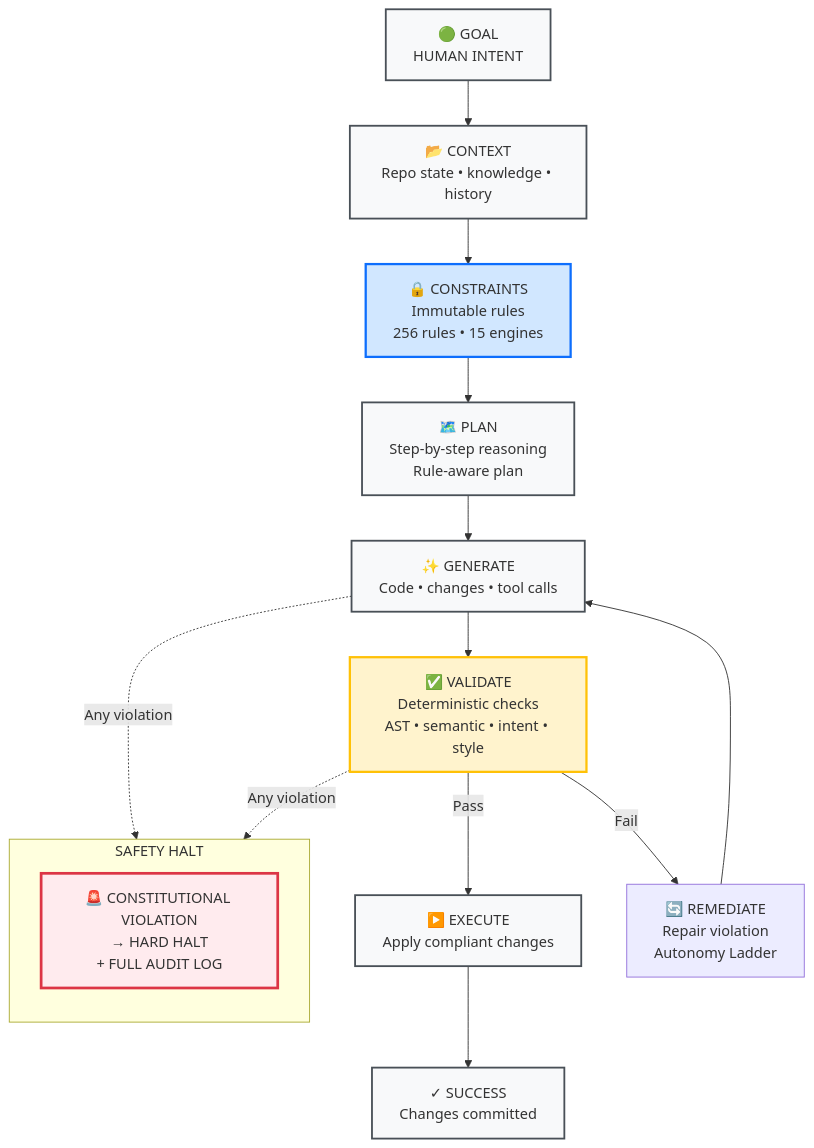
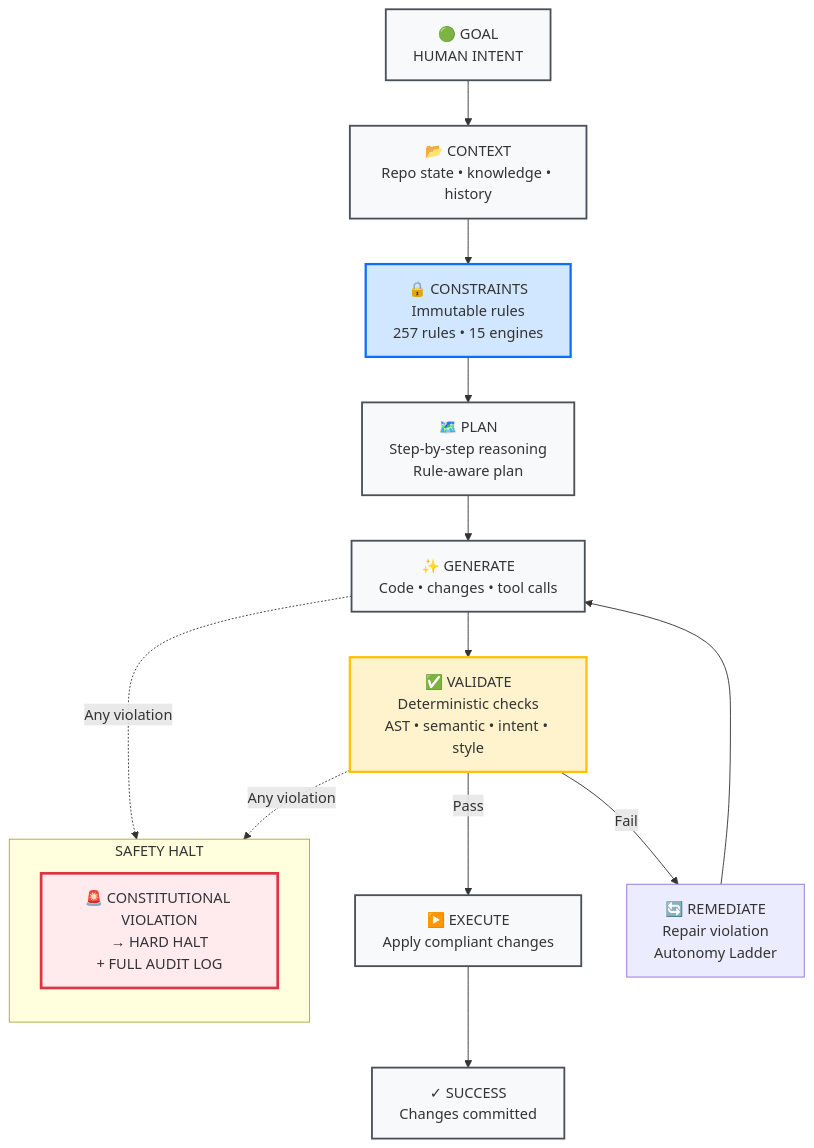
One commit to DariuszNewecki/CORE changed the diagram in README.md. Above: the diagram before and after it, drawn with Mermaid. The commit also changed other lines of this file and 1 other file, not shown here.

Commit message:
docs: update README/how-it-works rule counts after #842 metadata correction (#631)
6e98fbcc's metadata_mutations.json correction added one new blocking rule
(metadata.operations.comment_length_limit) with a real mapping, moving the
source-derived counts from 256/248 to 257/249. scripts/check_readme_counts.sh
caught the drift in CI (README count drift #631) -- updating the two stated
counts in README.md and the diagram count in docs/how-it-works.md to match.

Verified: bash scripts/check_readme_counts.sh passes clean.

````diff
--- a/README.md
+++ b/README.md
@@ -148,30 +148,30 @@
 ```mermaid
 flowchart TD
     A["🟢 GOAL\nHUMAN INTENT"] --> B["📂 CONTEXT\nRepo state • knowledge • history"]
-    B --> C["🔒 CONSTRAINTS\nImmutable rules\n256 rules • 15 engines"]
+    B --> C["🔒 CONSTRAINTS\nImmutable rules\n257 rules • 15 engines"]
     C --> D["🗺️ PLAN\nStep-by-step reasoning\nRule-aware plan"]
     D --> E["✨ GENERATE\nCode • changes • tool calls"]
     E --> F["✅ VALIDATE\nDeterministic checks\nAST • semantic • intent • style"]
     F -->|Pass| G["▶️ EXECUTE\nApply compliant changes"]
     F -->|Fail| H["🔄 REMEDIATE\nRepair violation\nAutonomy Ladder"]
     H --> E
     G --> I["✓ SUCCESS\nChanges committed"]
 
     subgraph "SAFETY HALT"
         direction TB
         J["🚨 CONSTITUTIONAL VIOLATION\n→ HARD HALT\n+ FULL AUDIT LOG"]
     end
 
     E -.->|Any violation| J
     F -.->|Any violation| J
 
     classDef phase      fill:#f8f9fa,stroke:#495057,stroke-width:2px
     classDef constraint fill:#d1e7ff,stroke:#0d6efd,stroke-width:2.5px
     classDef validate   fill:#fff3cd,stroke:#ffc107,stroke-width:2.5px
     classDef halt       fill:#ffebee,stroke:#dc3545,stroke-width:3px
 
     class A,B,D,E,G,I phase
     class C constraint
     class F validate
     class J halt
 ```
````
